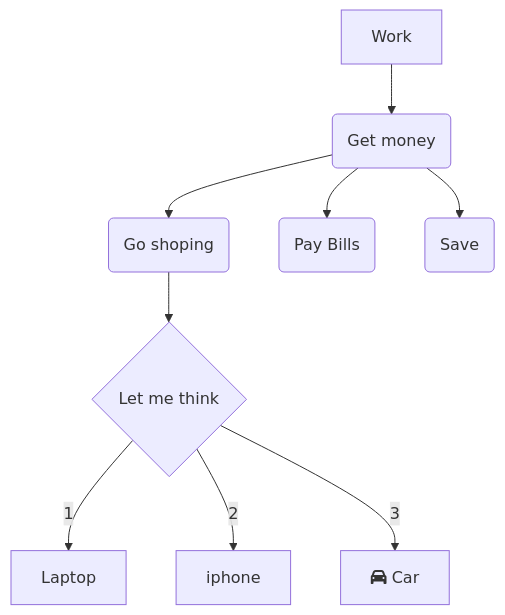
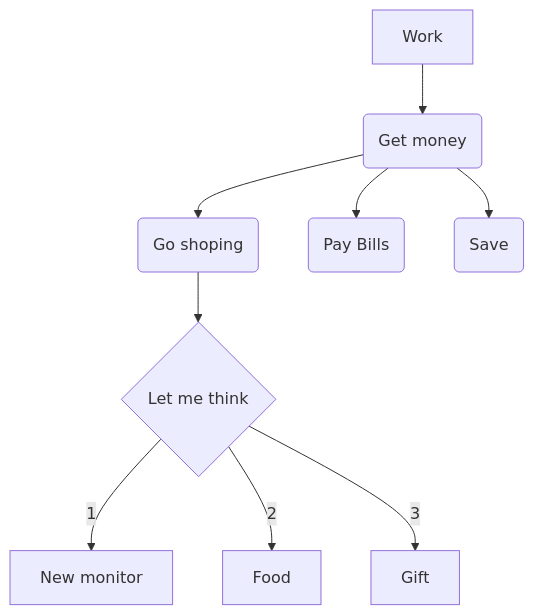
Before and after one commit to Epperezmoreno/epperezmoreno.github.io: the diagram in Diagram.md, drawn with Mermaid.

Commit message:
Update Diagram.md
added personal shoping items

````diff
--- a/Diagram.md
+++ b/Diagram.md
@@ -1,12 +1,12 @@
 ```mermaid
 flowchart TD 
 A[Work] -->B(Get money)
 B --> C(Go shoping)
 B --> D(Pay Bills)
 B --> E(Save)
 C --> F{Let me think}
-F -->|1| G[Laptop]
-F -->|2| H[iphone]
-F -->|3| I[fa:fa-car Car]
+F -->|1| G[New monitor]
+F -->|2| H[Food]
+F -->|3| I[Gift]
 
 ```
````
